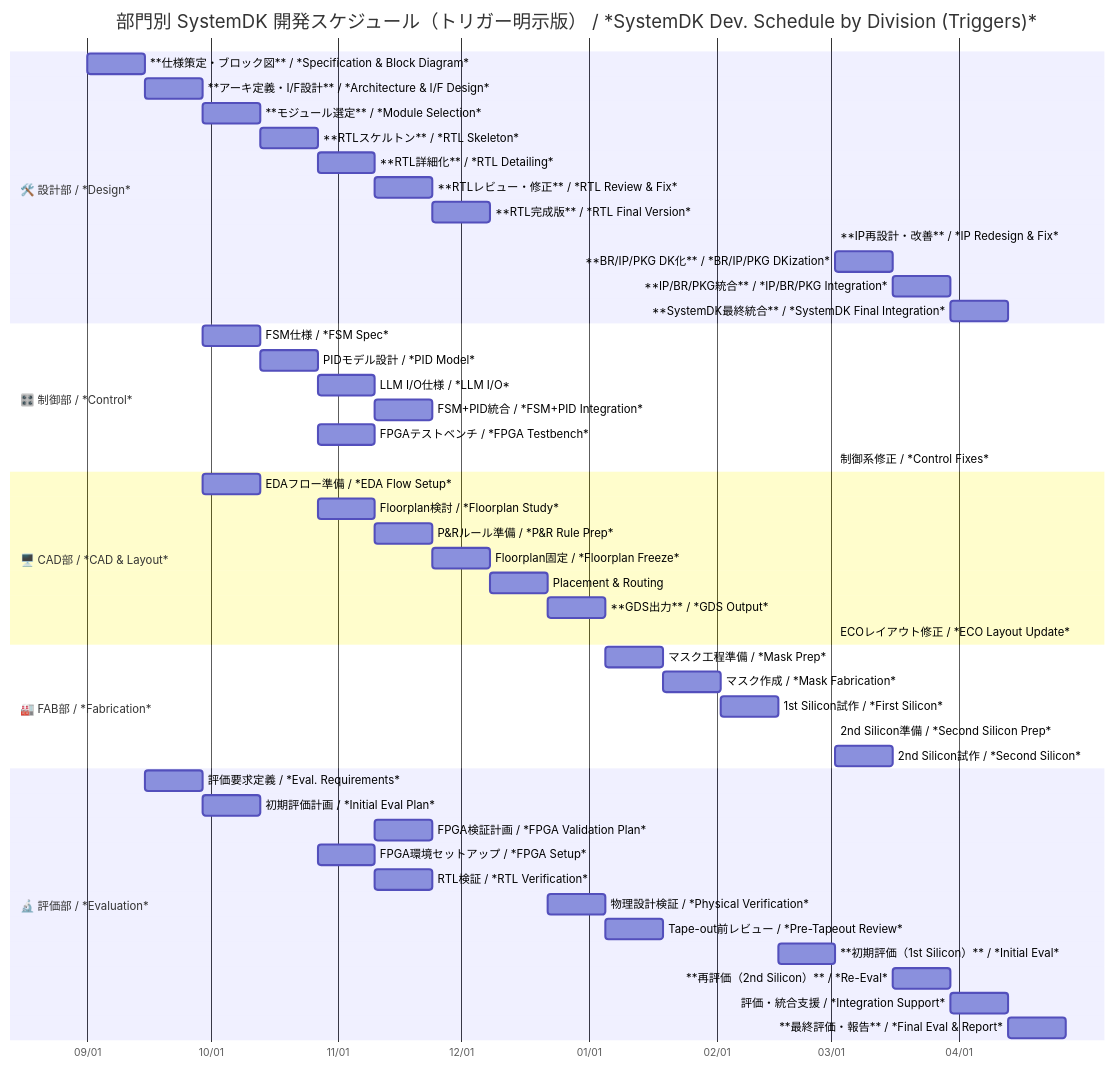
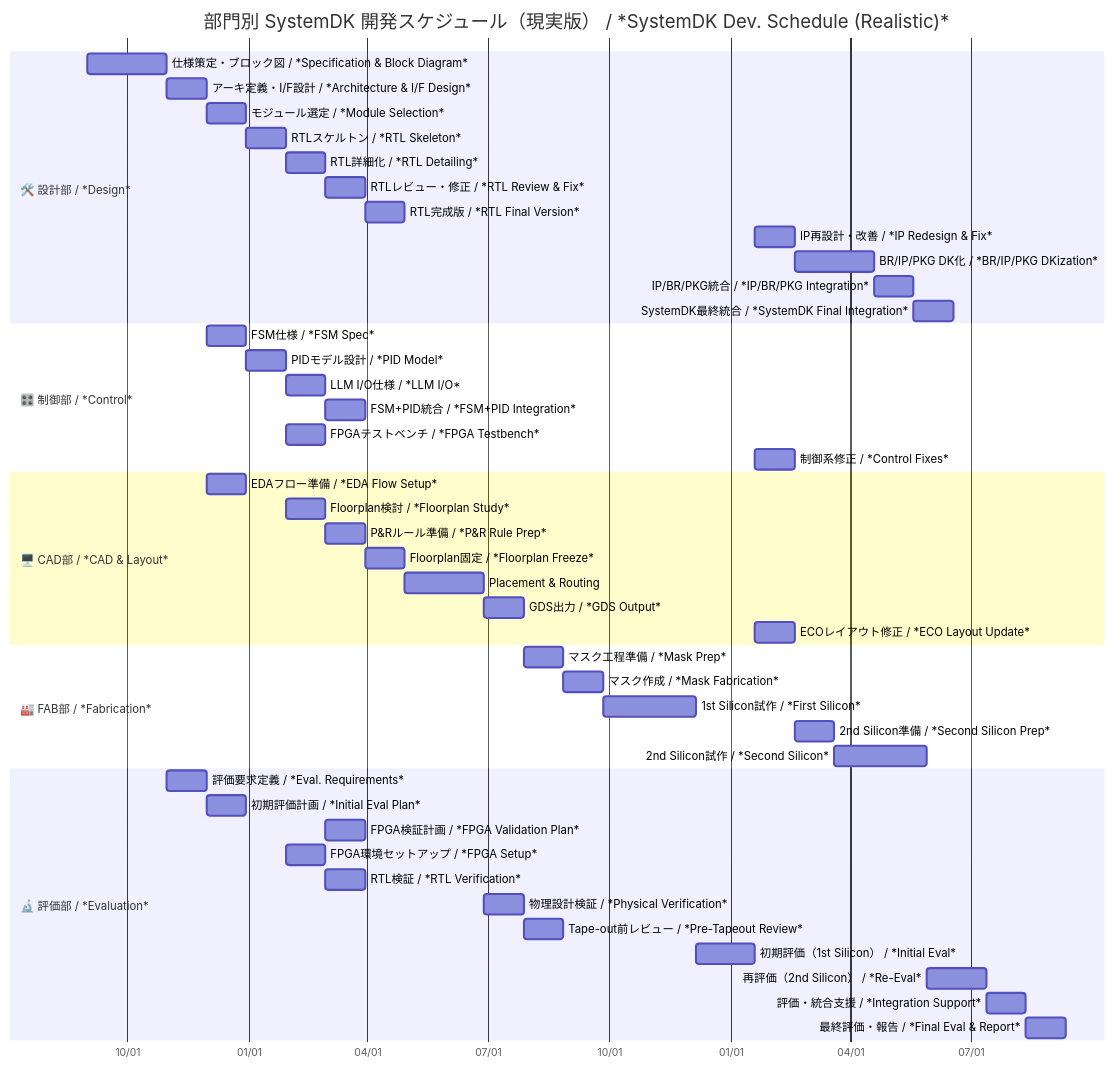
One commit to Samizo-AITL/Edusemi-v4x changed the diagram in f_chapter2a_systemdk/f2a_systemdk_schedule.md. Above: the diagram before and after it, drawn with Mermaid. The commit also changed other lines of this file, not shown here.

````diff
--- a/f_chapter2a_systemdk/f2a_systemdk_schedule.md
+++ b/f_chapter2a_systemdk/f2a_systemdk_schedule.md
@@ -48,57 +49,57 @@
 ```mermaid
 gantt
-    title 部門別 SystemDK 開発スケジュール（トリガー明示版） / *SystemDK Dev. Schedule by Division (Triggers)*
+    title 部門別 SystemDK 開発スケジュール（現実版） / *SystemDK Dev. Schedule (Realistic)*
     dateFormat  YYYY-MM-DD
     axisFormat  %m/%d
     todayMarker stroke-width:2px,stroke:red,opacity:0.5
 
     section 🛠️ 設計部 / *Design*
-    **仕様策定・ブロック図** / *Specification & Block Diagram* :a1, 2025-09-01, 14d
-    **アーキ定義・I/F設計** / *Architecture & I/F Design*      :a2, after a1, 14d
-    **モジュール選定** / *Module Selection*                   :a3, after a2, 14d
-    **RTLスケルトン** / *RTL Skeleton*                        :a4, after a3, 14d
-    **RTL詳細化** / *RTL Detailing*                           :a5, after a4, 14d
-    **RTLレビュー・修正** / *RTL Review & Fix*                :a6, after a5, 14d
-    **RTL完成版** / *RTL Final Version*                       :a7, after a6, 14d
-    **IP再設計・改善** / *IP Redesign & Fix*                  :a8, after e8, 14d   %% 1st Eval 結果
-    **BR/IP/PKG DK化** / *BR/IP/PKG DKization*                :a9, after a8, 14d
-    **IP/BR/PKG統合** / *IP/BR/PKG Integration*               :a10, after a9, 14d
-    **SystemDK最終統合** / *SystemDK Final Integration*       :a11, after a10, 14d
+    仕様策定・ブロック図 / *Specification & Block Diagram* :a1, 2025-09-01, 60d
+    アーキ定義・I/F設計 / *Architecture & I/F Design*      :a2, after a1, 30d
+    モジュール選定 / *Module Selection*                   :a3, after a2, 30d
+    RTLスケルトン / *RTL Skeleton*                        :a4, after a3, 30d
+    RTL詳細化 / *RTL Detailing*                           :a5, after a4, 30d
+    RTLレビュー・修正 / *RTL Review & Fix*                :a6, after a5, 30d
+    RTL完成版 / *RTL Final Version*                       :a7, after a6, 30d
+    IP再設計・改善 / *IP Redesign & Fix*                  :a8, after e8, 30d
+    BR/IP/PKG DK化 / *BR/IP/PKG DKization*                :a9, after a8, 60d
+    IP/BR/PKG統合 / *IP/BR/PKG Integration*               :a10, after a9, 30d
+    SystemDK最終統合 / *SystemDK Final Integration*       :a11, after a10, 30d
 
     section 🎛️ 制御部 / *Control*
-    FSM仕様 / *FSM Spec*                                  :b1, after a2, 14d
-    PIDモデル設計 / *PID Model*                           :b2, after b1, 14d
-    LLM I/O仕様 / *LLM I/O*                               :b3, after b2, 14d
-    FSM+PID統合 / *FSM+PID Integration*                   :b4, after b3, 14d
-    FPGAテストベンチ / *FPGA Testbench*                   :b5, after a4, 14d
-    制御系修正 / *Control Fixes*                          :b6, after e8, 14d   %% 1st Eval 結果
+    FSM仕様 / *FSM Spec*                                  :b1, after a2, 30d
+    PIDモデル設計 / *PID Model*                           :b2, after b1, 30d
+    LLM I/O仕様 / *LLM I/O*                               :b3, after b2, 30d
+    FSM+PID統合 / *FSM+PID Integration*                   :b4, after b3, 30d
+    FPGAテストベンチ / *FPGA Testbench*                   :b5, after a4, 30d
+    制御系修正 / *Control Fixes*                          :b6, after e8, 30d
 
     section 🖥️ CAD部 / *CAD & Layout*
-    EDAフロー準備 / *EDA Flow Setup*                      :c1, after a2, 14d
-    Floorplan検討 / *Floorplan Study*                     :c2, after a4, 14d
-    P&Rルール準備 / *P&R Rule Prep*                       :c3, after c2, 14d
-    Floorplan固定 / *Floorplan Freeze*                    :c4, after c3, 14d
-    Placement & Routing                                   :c5, after a7, 14d
-    **GDS出力** / *GDS Output*                            :c6, after c5, 14d
-    ECOレイアウト修正 / *ECO Layout Update*               :c7, after e8, 14d   %% 1st Eval 結果
+    EDAフロー準備 / *EDA Flow Setup*                      :c1, after a2, 30d
+    Floorplan検討 / *Floorplan Study*                     :c2, after a4, 30d
+    P&Rルール準備 / *P&R Rule Prep*                       :c3, after c2, 30d
+    Floorplan固定 / *Floorplan Freeze*                    :c4, after c3, 30d
+    Placement & Routing                                   :c5, after a7, 60d
+    GDS出力 / *GDS Output*                                :c6, after c5, 30d
+    ECOレイアウト修正 / *ECO Layout Update*               :c7, after e8, 30d
 
     section 🏭 FAB部 / *Fabrication*
-    マスク工程準備 / *Mask Prep*                          :d1, after c6, 14d
-    マスク作成 / *Mask Fabrication*                       :d2, after d1, 14d
-    1st Silicon試作 / *First Silicon*                     :d3, after d2, 14d
-    2nd Silicon準備 / *Second Silicon Prep*               :d4, after a8, 14d   %% 修正版設計
-    2nd Silicon試作 / *Second Silicon*                    :d5, after d4, 14d
+    マスク工程準備 / *Mask Prep*                          :d1, after c6, 30d
+    マスク作成 / *Mask Fabrication*                       :d2, after d1, 30d
+    1st Silicon試作 / *First Silicon*                     :d3, after d2, 70d
+    2nd Silicon準備 / *Second Silicon Prep*               :d4, after a8, 30d
+    2nd Silicon試作 / *Second Silicon*                    :d5, after d4, 70d
 
     section 🔬 評価部 / *Evaluation*
-    評価要求定義 / *Eval. Requirements*                   :e1, after a1, 14d
-    初期評価計画 / *Initial Eval Plan*                    :e2, after e1, 14d
-    FPGA検証計画 / *FPGA Validation Plan*                 :e3, after b3, 14d
-    FPGA環境セットアップ / *FPGA Setup*                   :e4, after a4, 14d
-    RTL検証 / *RTL Verification*                          :e5, after a5, 14d
-    物理設計検証 / *Physical Verification*                :e6, after c5, 14d
-    Tape-out前レビュー / *Pre-Tapeout Review*             :e7, after c6, 14d
-    **初期評価（1st Silicon）** / *Initial Eval*           :e8, after d3, 14d
-    **再評価（2nd Silicon）** / *Re-Eval*                  :e9, after d5, 14d
-    評価・統合支援 / *Integration Support*                :e10, after e9, 14d
-    **最終評価・報告** / *Final Eval & Report*            :e11, after e10, 14d
+    評価要求定義 / *Eval. Requirements*                   :e1, after a1, 30d
+    初期評価計画 / *Initial Eval Plan*                    :e2, after e1, 30d
+    FPGA検証計画 / *FPGA Validation Plan*                 :e3, after b3, 30d
+    FPGA環境セットアップ / *FPGA Setup*                   :e4, after a4, 30d
+    RTL検証 / *RTL Verification*                          :e5, after a5, 30d
+    物理設計検証 / *Physical Verification*                :e6, after c5, 30d
+    Tape-out前レビュー / *Pre-Tapeout Review*             :e7, after c6, 30d
+    初期評価（1st Silicon） / *Initial Eval*              :e8, after d3, 45d
+    再評価（2nd Silicon） / *Re-Eval*                     :e9, after d5, 45d
+    評価・統合支援 / *Integration Support*                :e10, after e9, 30d
+    最終評価・報告 / *Final Eval & Report*                :e11, after e10, 30d
 ```
````
